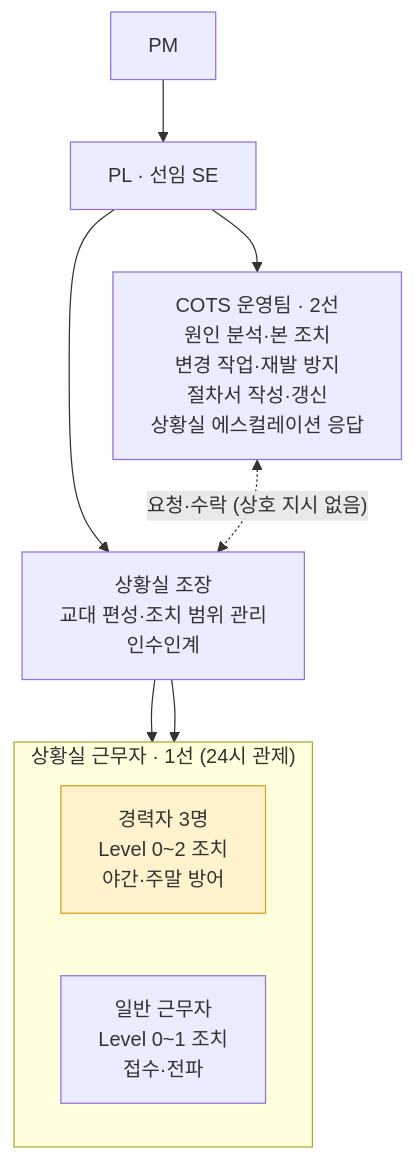
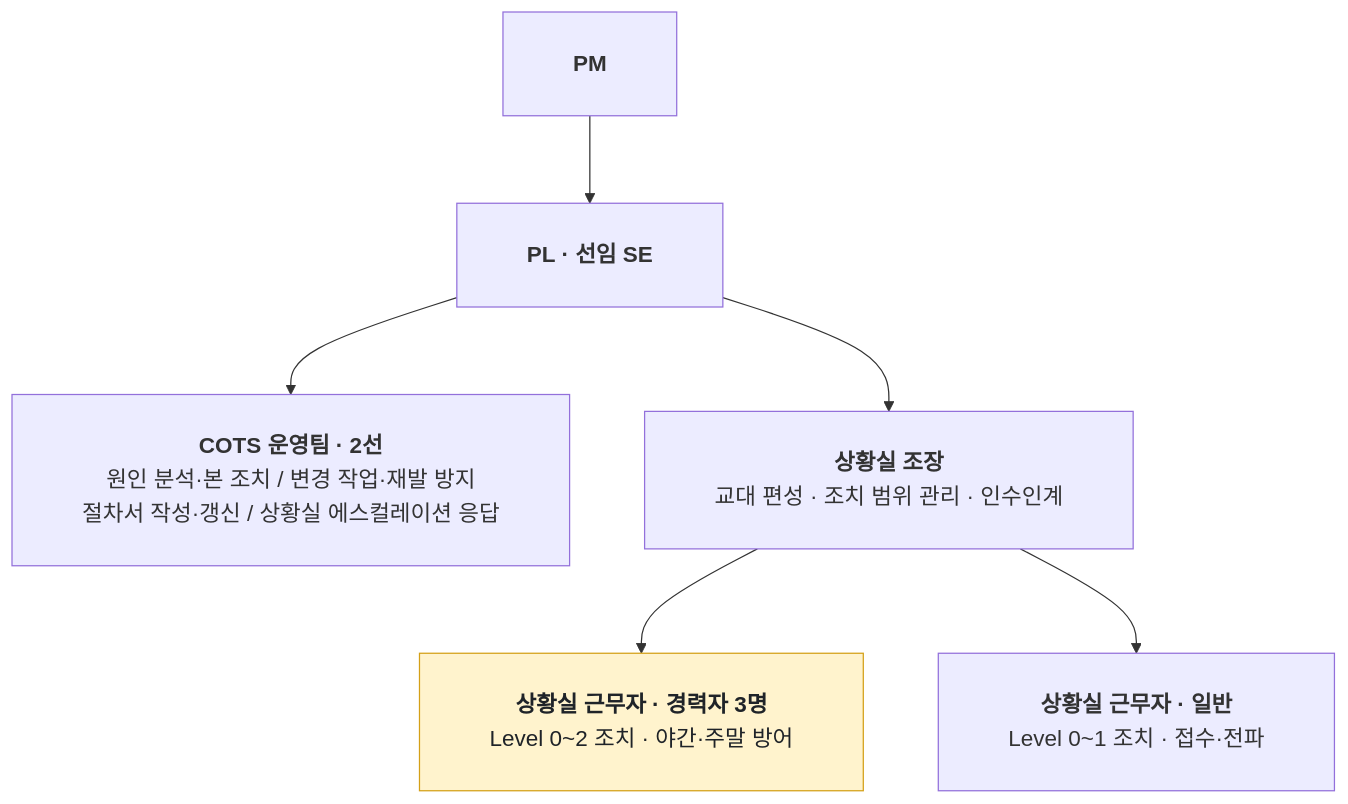
The first of 2 diagrams in Report/2026/COTS운영팀_상황실_운영_RnR_정의서_v0.1.md (HuntKim/DL_Boss), drawn with Mermaid before and after one commit. The commit also changed other lines of this file, not shown here.

Commit message:
Widen Mermaid diagrams in R&R 정의서 (그림 1·2)
- init 지시자로 노드 간격·패딩·글자 크기·줄바꿈 폭을 키워 가로 폭 확대
  (그림 1: 463px -> 약 1074px, 그림 2: 698px -> 약 982px)
- 그림 1: 운영팀과 상황실 조장을 같은 줄에 배치하고 근무자 박스를 정리,
  동급 관계(요청·수락, 상호 지시 없음)는 그림 아래 설명으로 이동
- 그림 2: 호출 박스에 응답 대기 시간을 넣어 판단 마름모를 작게 정리

Claude-Session: https://claude.ai/code/session_01Eg1wpSy7HqZ1GNHj6xxYVq

````diff
--- a/Report/2026/COTS운영팀_상황실_운영_RnR_정의서_v0.1.md
+++ b/Report/2026/COTS운영팀_상황실_운영_RnR_정의서_v0.1.md
@@ -49,15 +49,11 @@
 ```mermaid
+%%{init: {"themeVariables":{"fontSize":"18px"},"flowchart":{"nodeSpacing":60,"rankSpacing":70,"padding":28,"wrappingWidth":460}}}%%
 flowchart TB
-    PM["PM"] --> PLSE["PL · 선임 SE"]
-    PLSE --> OPS["COTS 운영팀 · 2선<br/>원인 분석·본 조치<br/>변경 작업·재발 방지<br/>절차서 작성·갱신<br/>상황실 에스컬레이션 응답"]
-    PLSE --> LEAD["상황실 조장<br/>교대 편성·조치 범위 관리<br/>인수인계"]
-    OPS <-. "요청·수락 (상호 지시 없음)" .-> LEAD
-    subgraph SR["상황실 근무자 · 1선 (24시 관제)"]
-        direction LR
-        SENIOR["경력자 3명<br/>Level 0~2 조치<br/>야간·주말 방어"]
-        JUNIOR["일반 근무자<br/>Level 0~1 조치<br/>접수·전파"]
-    end
-    LEAD --> SENIOR
-    LEAD --> JUNIOR
-    style SENIOR fill:#fff3cd,stroke:#d4a017
+    PM["<b>PM</b>"] --> PLSE["<b>PL · 선임 SE</b>"]
+    PLSE --> OPS["<b>COTS 운영팀 · 2선</b><br/>원인 분석·본 조치 / 변경 작업·재발 방지<br/>절차서 작성·갱신 / 상황실 에스컬레이션 응답"]
+    PLSE --> LEAD["<b>상황실 조장</b><br/>교대 편성 · 조치 범위 관리 · 인수인계"]
+    LEAD --> SENIOR["<b>상황실 근무자 · 경력자 3명</b><br/>Level 0~2 조치 · 야간·주말 방어"]
+    LEAD --> JUNIOR["<b>상황실 근무자 · 일반</b><br/>Level 0~1 조치 · 접수·전파"]
+    classDef senior fill:#fff3cd,stroke:#d4a017,color:#1f2328
+    class SENIOR senior
 ```
````
